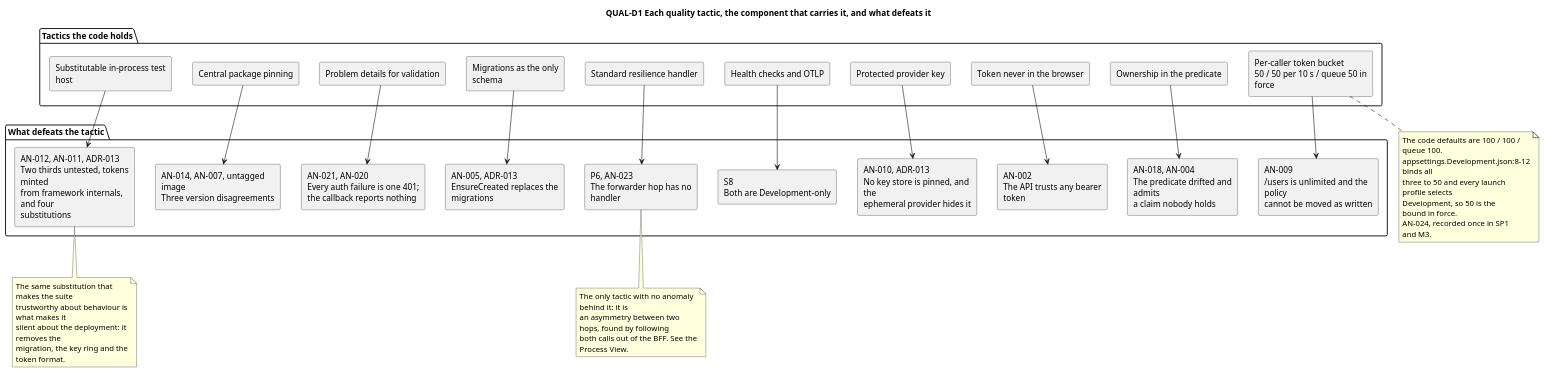
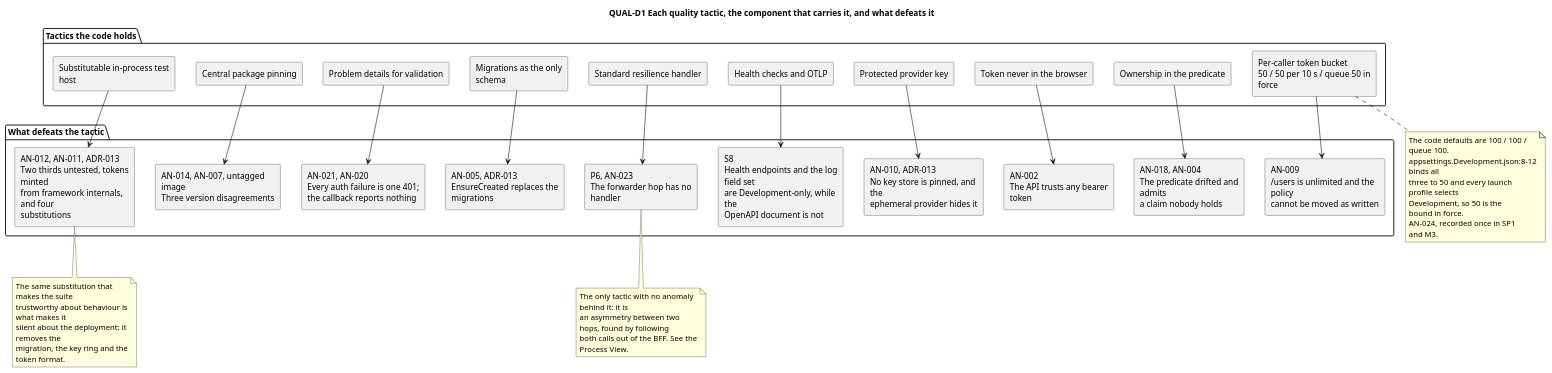
One commit to banense-test/TodoApp changed diagram 13 of 13 in docs/artifacts/analysis---design/software-architecture-document.md. Above: the diagram before and after it, drawn with PlantUML. The commit also changed other lines of this file, not shown here.

Commit message:
Software Architect [Consolidation1]: upsert Software Architecture Document
[skip ci]

````diff
--- a/docs/artifacts/analysis---design/software-architecture-document.md
+++ b/docs/artifacts/analysis---design/software-architecture-document.md
@@ -1351,68 +1351,68 @@
 ```plantuml
 @startuml
 title QUAL-D1 Each quality tactic, the component that carries it, and what defeats it
 
 skinparam componentStyle rectangle
 skinparam shadowing false
 skinparam wrapWidth 200
 
 package "Tactics the code holds" {
   component "Ownership in the predicate" as T1
   component "Token never in the browser" as T2
   component "Protected provider key" as T3
   component "Per-caller token bucket\n50 / 50 per 10 s / queue 50 in force" as T4
   component "Standard resilience handler" as T5
   component "Migrations as the only schema" as T6
   component "Problem details for validation" as T7
   component "Central package pinning" as T8
   component "Substitutable in-process test host" as T9
   component "Health checks and OTLP" as T10
 }
 
 package "What defeats the tactic" {
   component "AN-018, AN-004\nThe predicate drifted and admits\na claim nobody holds" as A1
   component "AN-002\nThe API trusts any bearer token" as A2
   component "AN-010, ADR-013\nNo key store is pinned, and the\nephemeral provider hides it" as A3
   component "AN-009\n/users is unlimited and the policy\ncannot be moved as written" as A4
   component "P6, AN-023\nThe forwarder hop has no handler" as A5
   component "AN-005, ADR-013\nEnsureCreated replaces the migrations" as A6
   component "AN-021, AN-020\nEvery auth failure is one 401;\nthe callback reports nothing" as A7
   component "AN-014, AN-007, untagged image\nThree version disagreements" as A8
   component "AN-012, AN-011, ADR-013\nTwo thirds untested, tokens minted\nfrom framework internals, and four\nsubstitutions" as A9
-  component "S8\nBoth are Development-only" as A10
+  component "S8\nHealth endpoints and the log field set\nare Development-only, while the\nOpenAPI document is not" as A10
 }
 
 T1 --> A1
 T2 --> A2
 T3 --> A3
 T4 --> A4
 T5 --> A5
 T6 --> A6
 T7 --> A7
 T8 --> A8
 T9 --> A9
 T10 --> A10
 
 note bottom of T4
   The code defaults are 100 / 100 / queue 100.
   appsettings.Development.json:8-12 binds all
   three to 50 and every launch profile selects
   Development, so 50 is the bound in force.
   AN-024, recorded once in SP1 and M3.
 end note
 
 note bottom of A5
   The only tactic with no anomaly behind it: it is
   an asymmetry between two hops, found by following
   both calls out of the BFF. See the Process View.
 end note
 
 note bottom of A9
   The same substitution that makes the suite
   trustworthy about behaviour is what makes it
   silent about the deployment: it removes the
   migration, the key ring and the token format.
 end note
 
 @enduml
 ```
````
